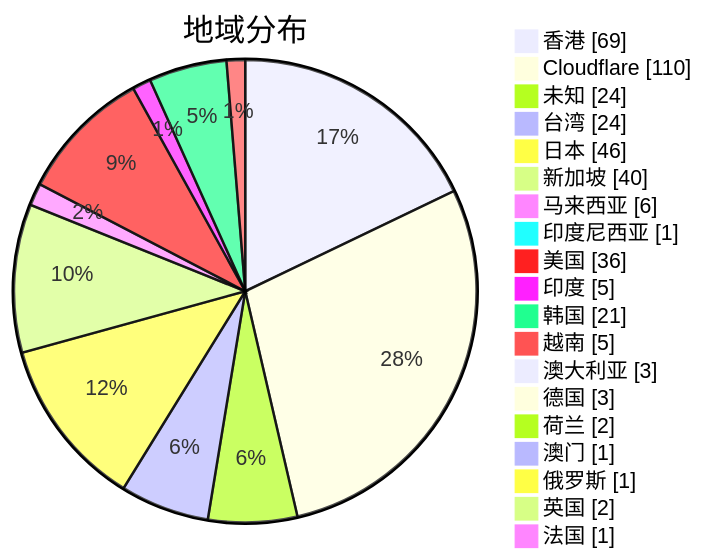
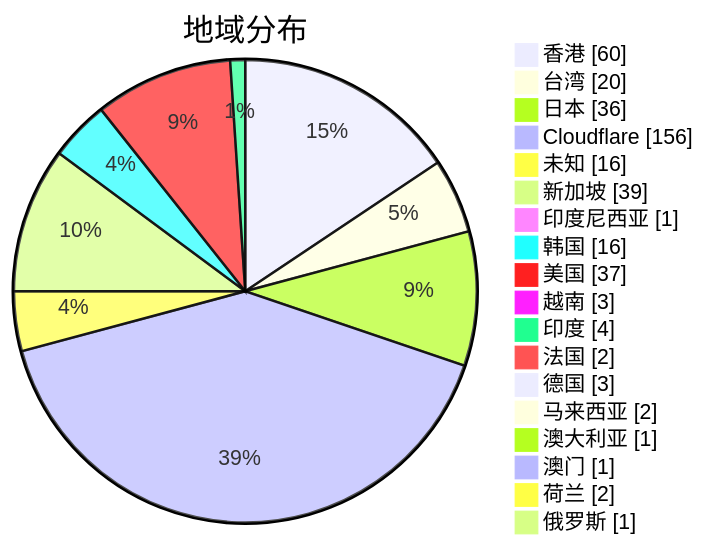
Before and after one commit to qjlxg/airport: the second of 3 diagrams in subs/statistics/tested_within.md, drawn with Mermaid. The commit also changed other lines of this file and 2 other files, not shown here.

Commit message:
Tested by metaST

````diff
--- a/subs/statistics/tested_within.md
+++ b/subs/statistics/tested_within.md
@@ -13,23 +12,22 @@
 ```mermaid
 pie showData
 title 地域分布
-"香港" : 69
-"Cloudflare" : 110
-"未知" : 24
-"台湾" : 24
-"日本" : 46
-"新加坡" : 40
-"马来西亚" : 6
+"香港" : 60
+"台湾" : 20
+"日本" : 36
+"Cloudflare" : 156
+"未知" : 16
+"新加坡" : 39
 "印度尼西亚" : 1
-"美国" : 36
-"印度" : 5
-"韩国" : 21
-"越南" : 5
-"澳大利亚" : 3
+"韩国" : 16
+"美国" : 37
+"越南" : 3
+"印度" : 4
+"法国" : 2
 "德国" : 3
+"马来西亚" : 2
+"澳大利亚" : 1
+"澳门" : 1
 "荷兰" : 2
-"澳门" : 1
 "俄罗斯" : 1
-"英国" : 2
-"法国" : 1
 ```
````
